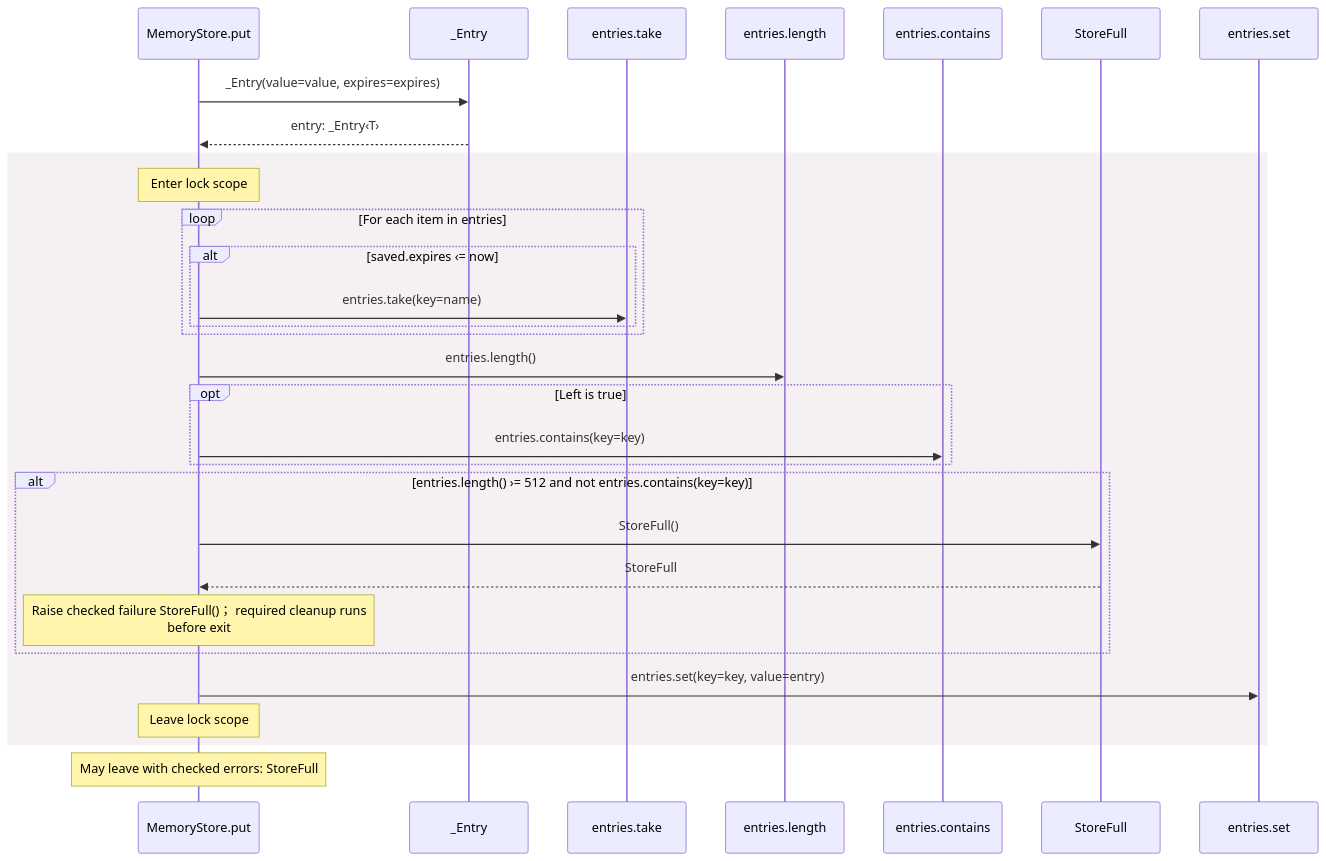
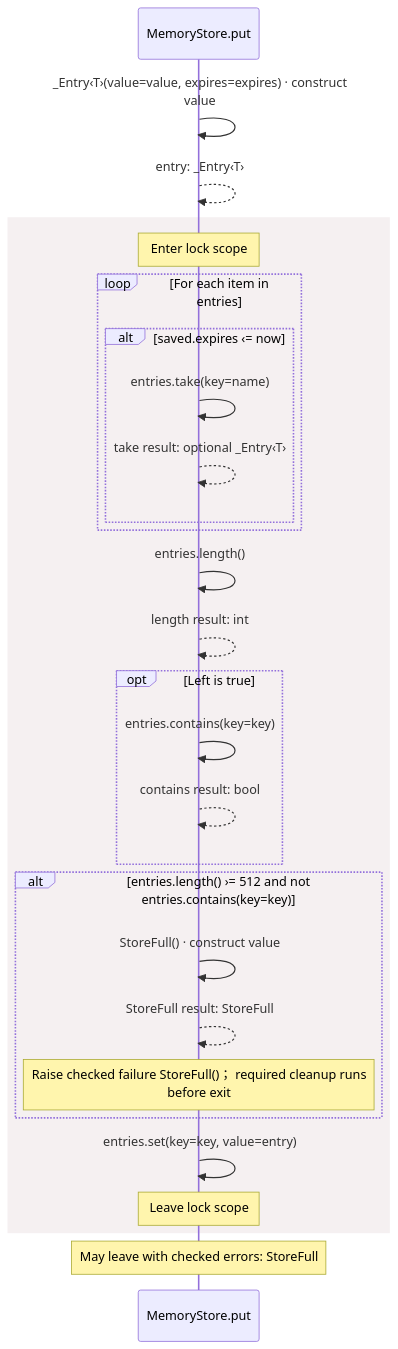
One commit to GreenPandaStudios/augscript changed the third of 5 diagrams in docs/examples/oidc-login/dependencies/packages/@git/url_0eb7c89453c87681ed15/0.0.0-git.a39fc582565d4fca40be4f75fa304d71adc69301/store-diagrams.md. Above: the diagram before and after it, drawn with Mermaid. The commit also changed other lines of this file and 304 other files, not shown here.

Commit message:
Make generated data-flow sequences concise and review every diagram

````diff
--- a/docs/examples/oidc-login/dependencies/packages/@git/url_0eb7c89453c87681ed15/0.0.0-git.a39fc582565d4fca40be4f75fa304d71adc69301/store-diagrams.md
+++ b/docs/examples/oidc-login/dependencies/packages/@git/url_0eb7c89453c87681ed15/0.0.0-git.a39fc582565d4fca40be4f75fa304d71adc69301/store-diagrams.md
@@ -107,32 +92,30 @@
 ```mermaid
 sequenceDiagram
     participant p0 as MemoryStore.put
-    participant p1 as _Entry
-    participant p2 as entries.take
-    participant p3 as entries.length
-    participant p4 as entries.contains
-    participant p5 as StoreFull
-    participant p6 as entries.set
-    p0->>p1: _Entry(value=value, expires=expires)
-    p1-->>p0: entry: _Entry‹T›
+
+    p0->>p0: _Entry‹T›(value=value, expires=expires) · construct<br/>value
+    p0-->>p0: entry: _Entry‹T›
     rect rgb(245, 240, 241)
     Note over p0: Enter lock scope
     loop For each item in entries
     alt saved.expires ‹= now
-    p0->>p2: entries.take(key=name)
+    p0->>p0: entries.take(key=name)
+    p0-->>p0: take result: optional _Entry‹T›
     end
     end
-    p0->>p3: entries.length()
+    p0->>p0: entries.length()
+    p0-->>p0: length result: int
     opt Left is true
-    p0->>p4: entries.contains(key=key)
+    p0->>p0: entries.contains(key=key)
+    p0-->>p0: contains result: bool
     end
     alt entries.length() ›= 512 and not entries.contains(key=key)
-    p0->>p5: StoreFull()
-    p5-->>p0: StoreFull
+    p0->>p0: StoreFull() · construct value
+    p0-->>p0: StoreFull result: StoreFull
     Note over p0: Raise checked failure StoreFull()； required cleanup runs<br/>before exit
     end
-    p0->>p6: entries.set(key=key, value=entry)
+    p0->>p0: entries.set(key=key, value=entry)
     Note over p0: Leave lock scope
     end
     Note over p0: May leave with checked errors: StoreFull
 ```
````
